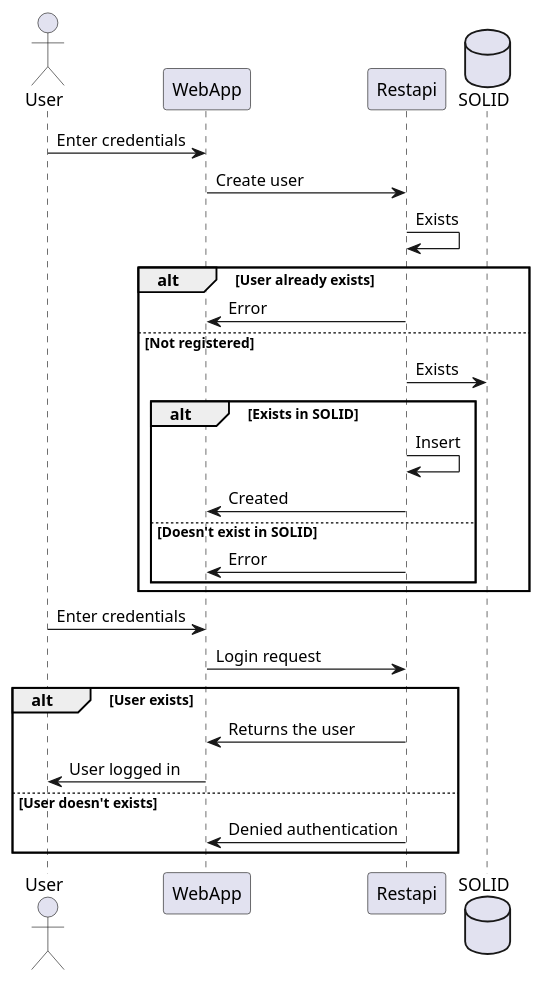
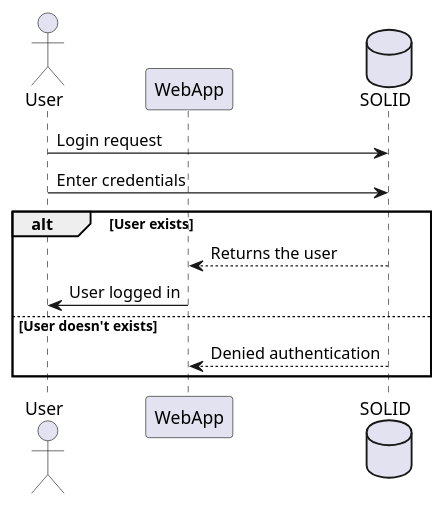
Before and after one commit to Arquisoft/dede_es5a: the first of 6 diagrams in docs/06_runtime_view.adoc, drawn with PlantUML. The commit also changed other lines of this file, not shown here.

Commit message:
Modificado diagrama de secuencia login

```diff
--- a/docs/06_runtime_view.adoc
+++ b/docs/06_runtime_view.adoc
@@ -35,31 +35,16 @@
-[plantuml,"Sequence diagram_signUp_signIn", png]
+[plantuml,"Sequence diagram_signIn", png]
 ----
 @startuml
 actor User
 participant WebApp
-participant Restapi
 database SOLID
-User-> WebApp: Enter credentials
-WebApp -> Restapi: Create user
-Restapi -> Restapi: Exists
-alt User already exists
-    Restapi -> WebApp: Error
-else Not registered
-    Restapi -> SOLID: Exists
-    alt Exists in SOLID
-        Restapi -> Restapi: Insert
-        Restapi -> WebApp: Created
-    else Doesn't exist in SOLID
-        Restapi -> WebApp: Error
-    end
-end
-User-> WebApp: Enter credentials
-WebApp-> Restapi: Login request
+User-> SOLID: Login request
+User-> SOLID: Enter credentials
 alt User exists
-    Restapi-> WebApp: Returns the user
+    SOLID--> WebApp: Returns the user
     WebApp-> User: User logged in
 else User doesn't exists
-    Restapi-> WebApp: Denied authentication
+    SOLID--> WebApp: Denied authentication
 end
 @enduml
 ----
```
